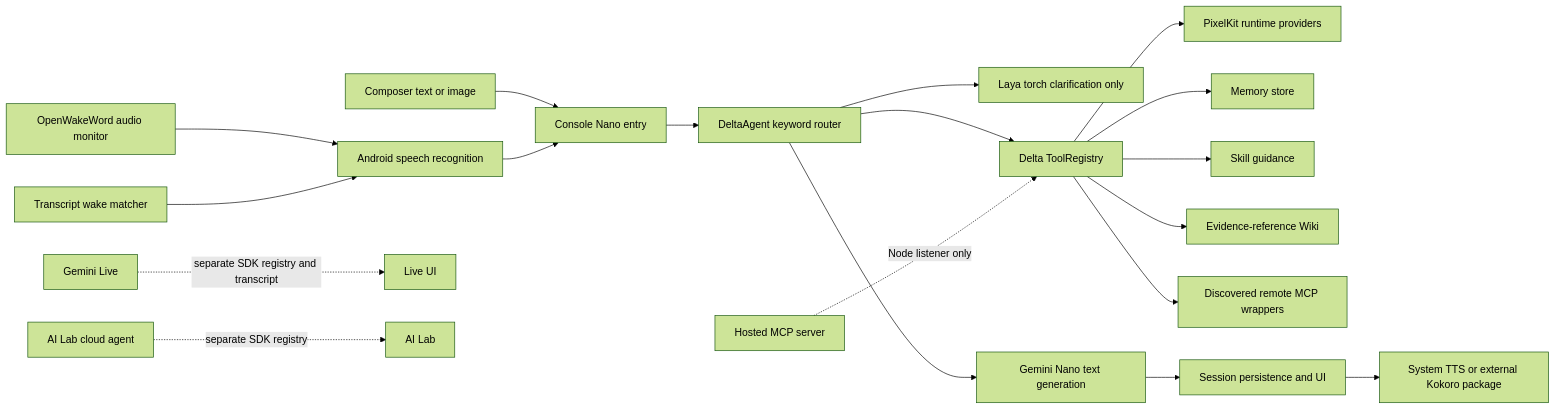
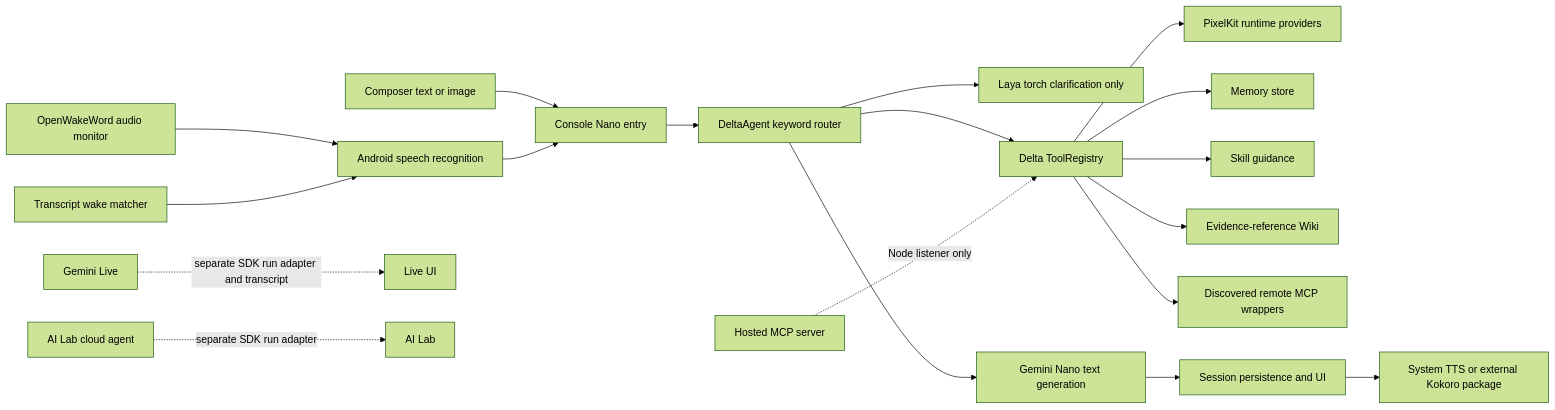
Before and after one commit to PixelKit-Labs/pixelkit-sdk: the diagram in docs/harness-review/system-integration-audit.md, drawn with Mermaid (forest theme). The commit also changed other lines of this file and 33 other files, not shown here.

````diff
--- a/docs/harness-review/system-integration-audit.md
+++ b/docs/harness-review/system-integration-audit.md
@@ -13,22 +15,22 @@
 ```mermaid
 flowchart LR
   Acoustic[OpenWakeWord audio monitor] --> STT[Android speech recognition]
   Transcript[Transcript wake matcher] --> STT
   Text[Composer text or image] --> NanoEntry[Console Nano entry]
   STT --> NanoEntry
   NanoEntry --> Router[DeltaAgent keyword router]
   Router --> Laya[Laya torch clarification only]
   Router --> Registry[Delta ToolRegistry]
   Registry --> Hardware[PixelKit runtime providers]
   Registry --> Memory[Memory store]
   Registry --> Skills[Skill guidance]
   Registry --> Wiki[Evidence-reference Wiki]
   Registry --> RemoteMCP[Discovered remote MCP wrappers]
   Router --> Nano[Gemini Nano text generation]
   Nano --> Session[Session persistence and UI]
   Session --> TTS[System TTS or external Kokoro package]
 
-  Live[Gemini Live] -. separate SDK registry and transcript .-> LiveUI[Live UI]
-  Cloud[AI Lab cloud agent] -. separate SDK registry .-> CloudUI[AI Lab]
+  Live[Gemini Live] -. separate SDK run adapter and transcript .-> LiveUI[Live UI]
+  Cloud[AI Lab cloud agent] -. separate SDK run adapter .-> CloudUI[AI Lab]
   LocalMCP[Hosted MCP server] -. Node listener only .-> Registry
 ```
````
